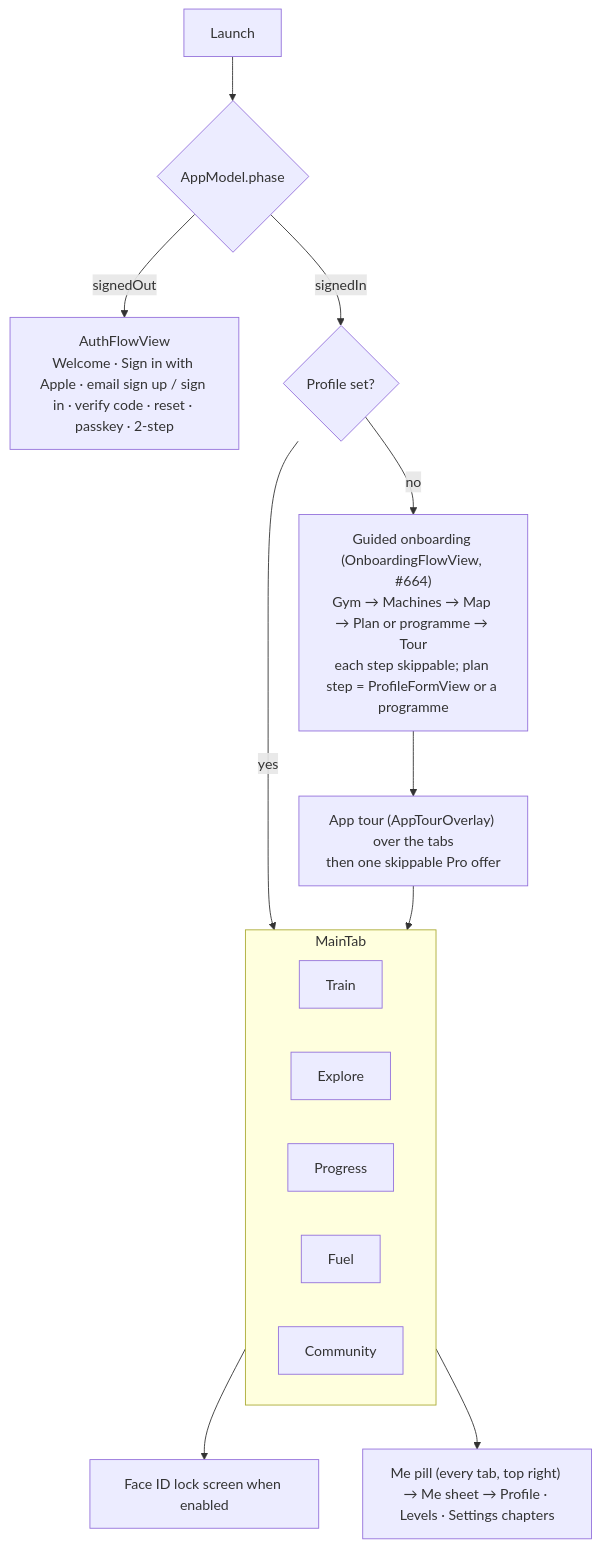
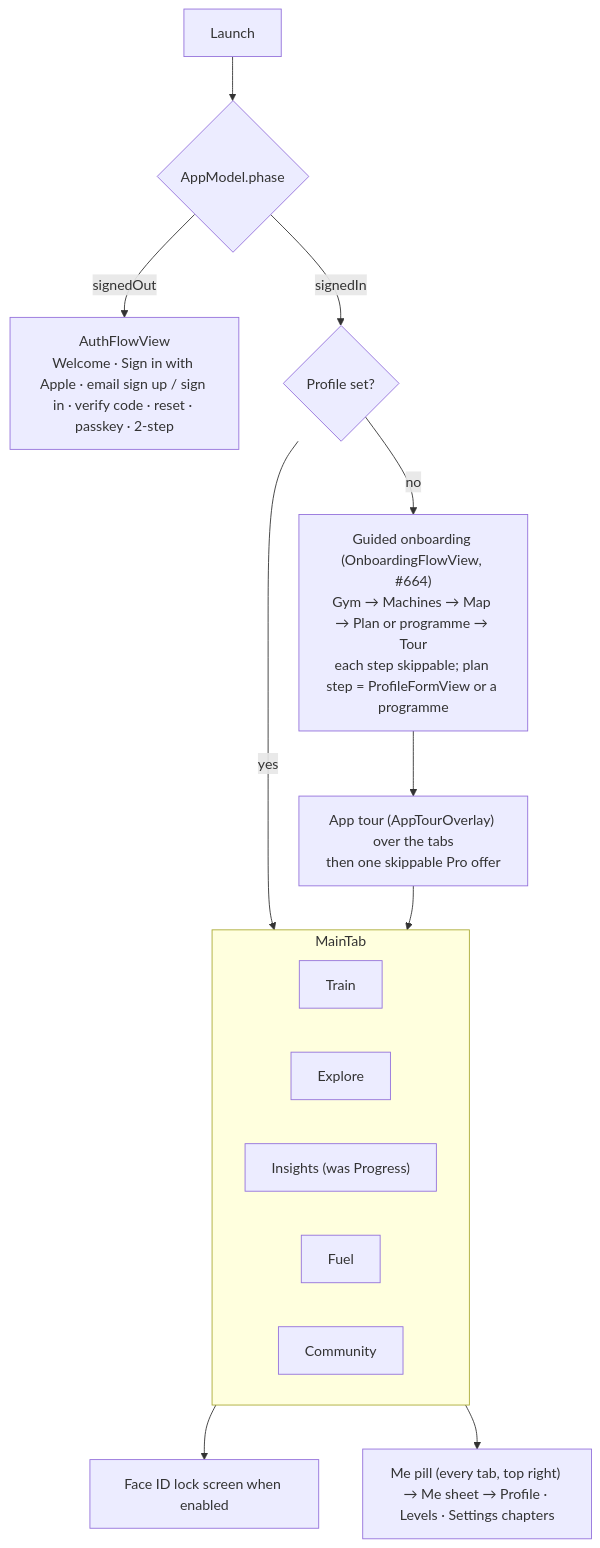
One commit to jeanyves-figiel/Gym-Workout changed the diagram in docs/ios/app.md. Above: the diagram before and after it, drawn with Mermaid. The commit also changed other lines of this file and 19 other files, not shown here.

First line of the commit message:
Rename Progress tab to Insights (#894)

````diff
--- a/docs/ios/app.md
+++ b/docs/ios/app.md
@@ -19,19 +19,19 @@
 ```mermaid
 flowchart TD
   Launch --> Phase{AppModel.phase}
   Phase -- signedOut --> Auth["AuthFlowView<br/>Welcome · Sign in with Apple · email sign up / sign in · verify code · reset · passkey · 2-step"]
   Phase -- signedIn --> Onb{"Profile set?"}
   Onb -- no --> Guided["Guided onboarding (OnboardingFlowView, #664)<br/>Gym → Machines → Map → Plan or programme → Tour<br/>each step skippable; plan step = ProfileFormView or a programme"]
   Onb -- yes --> Tabs
   Guided --> Tour["App tour (AppTourOverlay) over the tabs<br/>then one skippable Pro offer"]
   Tour --> Tabs
   subgraph Tabs["MainTab"]
     Train
     Explore
-    Progress
+    Insights["Insights (was Progress)"]
     Fuel
     Community
   end
   Tabs --> Lock["Face ID lock screen when enabled"]
   Tabs --> Me["Me pill (every tab, top right) → Me sheet → Profile · Levels · Settings chapters"]
 ```
````
